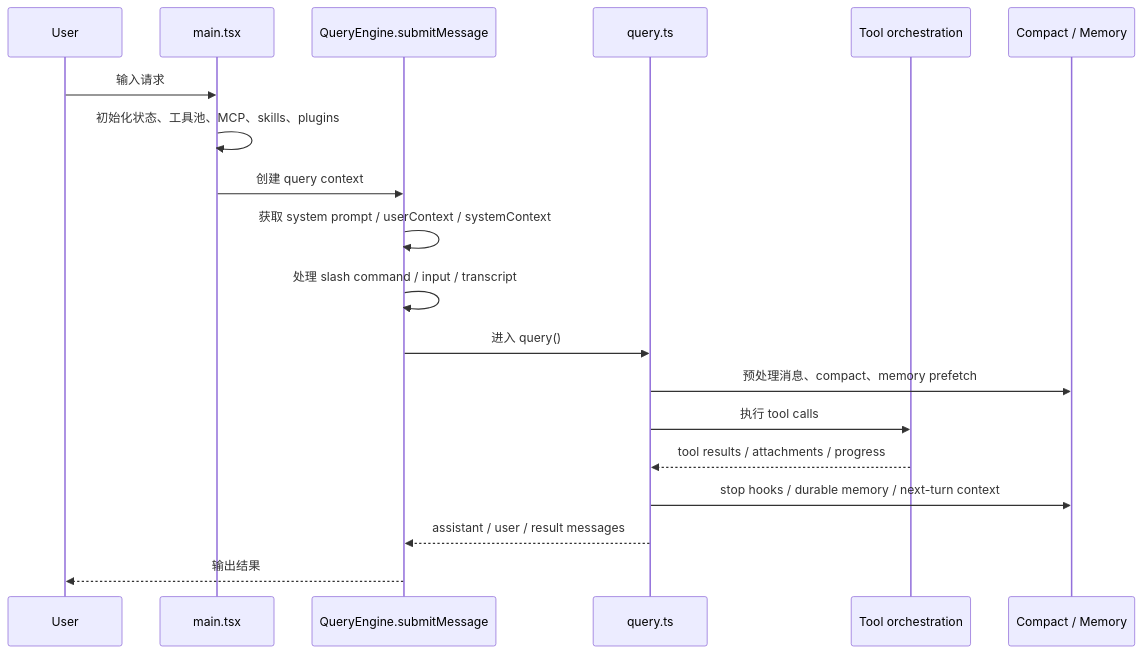
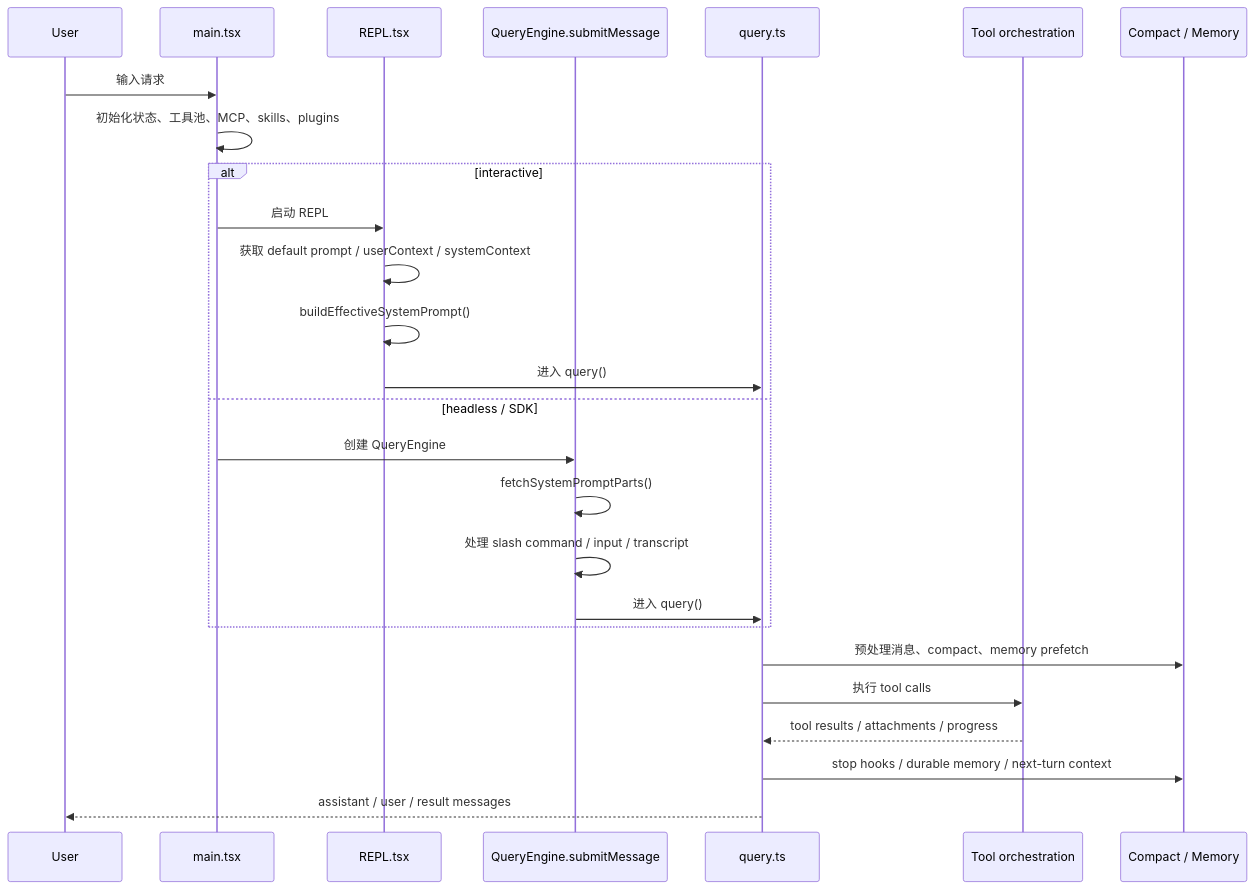
The third of 3 diagrams in ARCHITECTURE.md (Boulea7/ClaudeCode-Source-DeepDive), drawn with Mermaid before and after one commit. The commit also changed other lines of this file and 7 other files, not shown here.

````diff
--- a/ARCHITECTURE.md
+++ b/ARCHITECTURE.md
@@ -57,22 +62,29 @@
 ```mermaid
 sequenceDiagram
     participant U as User
     participant M as main.tsx
+    participant R as REPL.tsx
     participant QE as QueryEngine.submitMessage
     participant Q as query.ts
     participant TO as Tool orchestration
     participant CM as Compact / Memory
 
     U->>M: 输入请求
     M->>M: 初始化状态、工具池、MCP、skills、plugins
-    M->>QE: 创建 query context
-    QE->>QE: 获取 system prompt / userContext / systemContext
-    QE->>QE: 处理 slash command / input / transcript
-    QE->>Q: 进入 query()
+    alt interactive
+        M->>R: 启动 REPL
+        R->>R: 获取 default prompt / userContext / systemContext
+        R->>R: buildEffectiveSystemPrompt()
+        R->>Q: 进入 query()
+    else headless / SDK
+        M->>QE: 创建 QueryEngine
+        QE->>QE: fetchSystemPromptParts()
+        QE->>QE: 处理 slash command / input / transcript
+        QE->>Q: 进入 query()
+    end
     Q->>CM: 预处理消息、compact、memory prefetch
     Q->>TO: 执行 tool calls
     TO-->>Q: tool results / attachments / progress
     Q->>CM: stop hooks / durable memory / next-turn context
-    Q-->>QE: assistant / user / result messages
-    QE-->>U: 输出结果
+    Q-->>U: assistant / user / result messages
 ```
````
